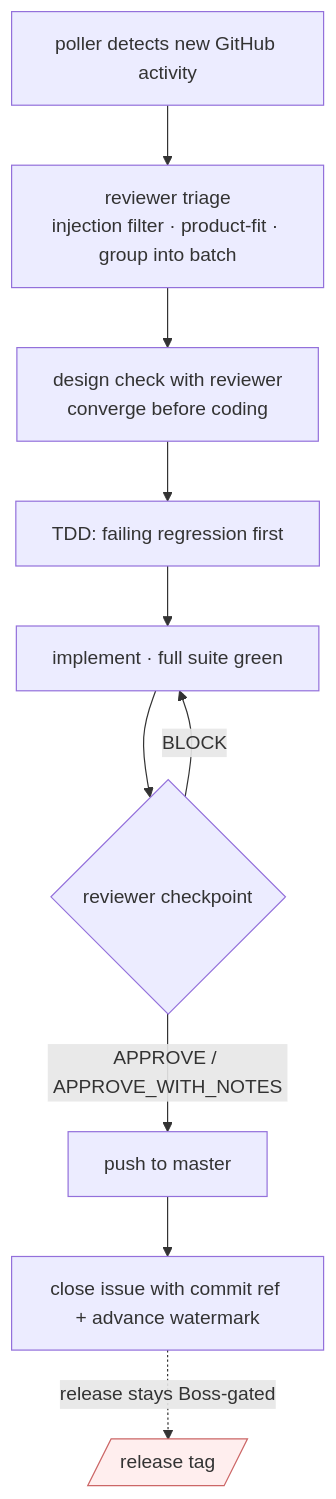
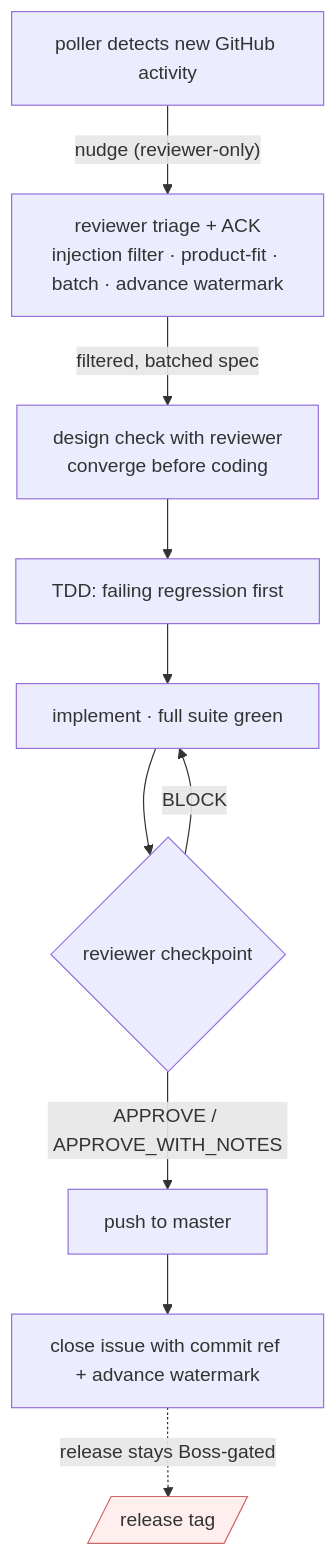
One commit to hungson175/vnfin changed the diagram in docs/architecture/maintainer-workflow.md. Above: the diagram before and after it, drawn with Mermaid. The commit also changed other lines of this file, not shown here.

First line of the commit message:
docs(architecture): fix stale poller routing — reviewer-only nudge (review BLOCK)

````diff
--- a/docs/architecture/maintainer-workflow.md
+++ b/docs/architecture/maintainer-workflow.md
@@ -44,14 +48,14 @@
 ```mermaid
 flowchart TD
-    P[poller detects new GitHub activity] --> T[reviewer triage<br/>injection filter · product-fit · group into batch]
-    T --> DS[design check with reviewer<br/>converge before coding]
+    P[poller detects new GitHub activity] -- "nudge (reviewer-only)" --> T[reviewer triage + ACK<br/>injection filter · product-fit · batch · advance watermark]
+    T -- "filtered, batched spec" --> DS[design check with reviewer<br/>converge before coding]
     DS --> RED[TDD: failing regression first]
     RED --> IMP[implement · full suite green]
     IMP --> CR{reviewer checkpoint}
     CR -- BLOCK --> IMP
     CR -- "APPROVE / APPROVE_WITH_NOTES" --> PUSH[push to master]
     PUSH --> CLOSE[close issue with commit ref + advance watermark]
     TAG[/release tag/]:::boss
     CLOSE -. "release stays Boss-gated" .-> TAG
     classDef boss fill:#fee,stroke:#c66;
 ```
````
